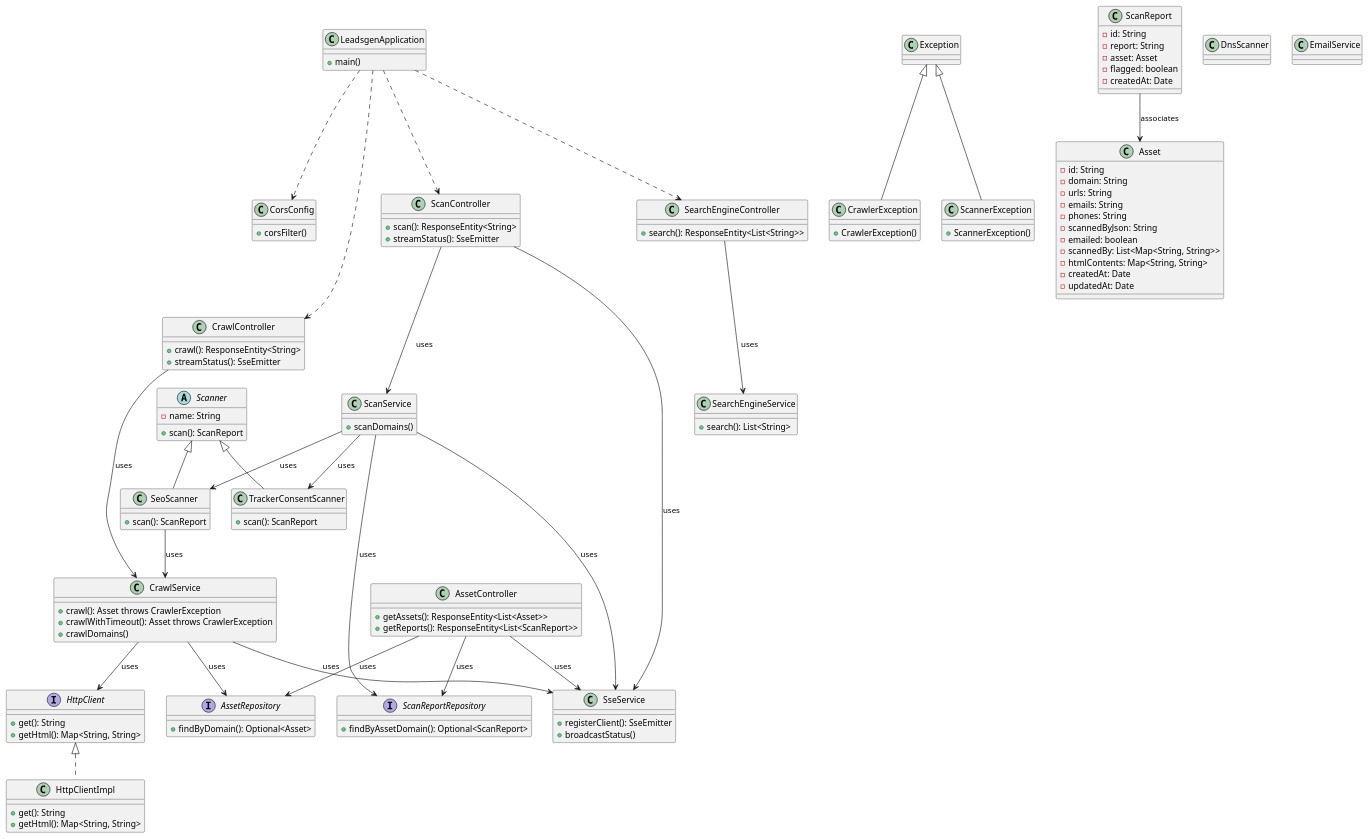
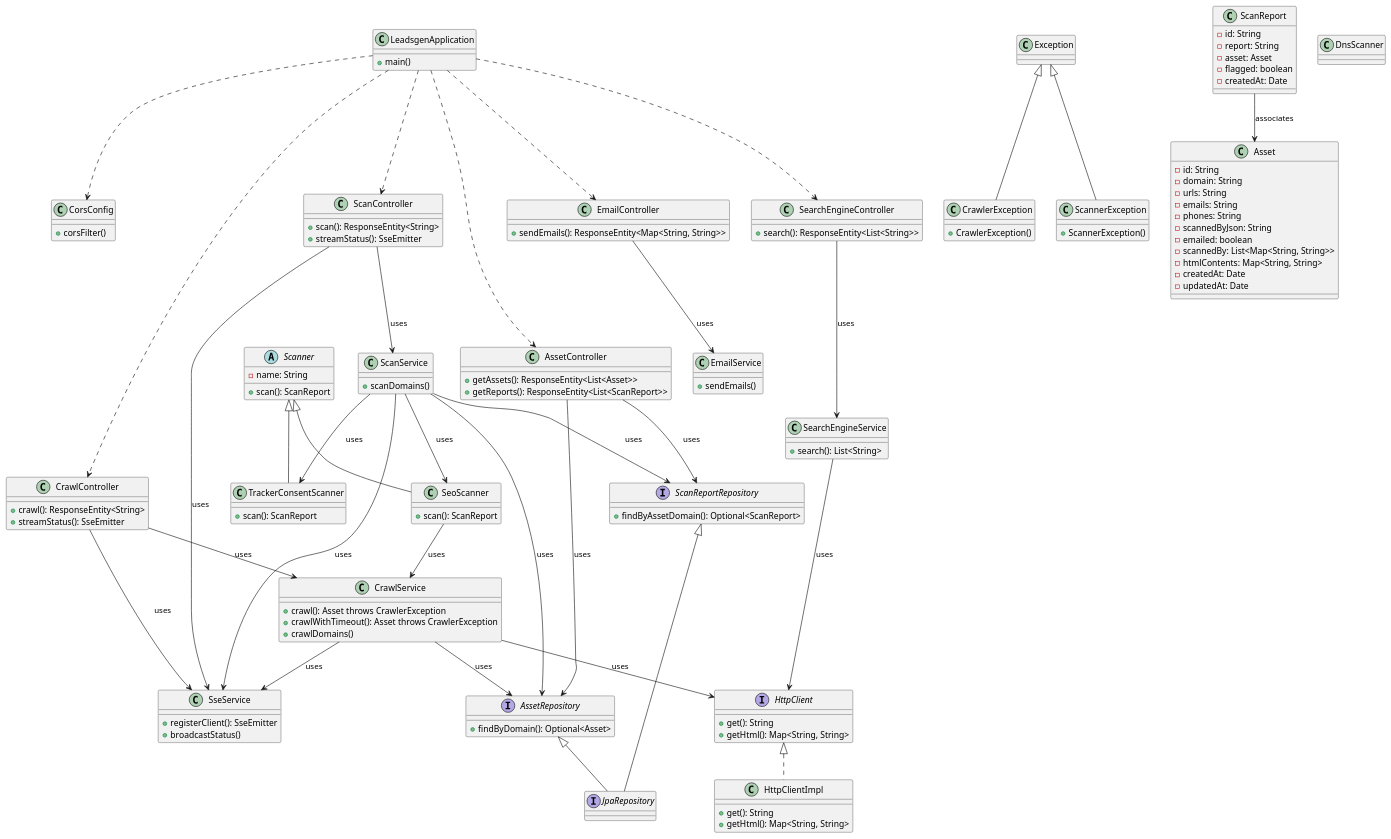
The diagram in class_diagram.puml (linx02/website-scanning-tool), drawn with PlantUML before and after one commit. The commit also changed 3 other files, not shown here.

Commit message:
Update class diagram

```diff
--- a/class_diagram.puml
+++ b/class_diagram.puml
@@ -1,144 +1,160 @@
 @startuml
 class CorsConfig {
     + corsFilter()
 }
 
 class AssetController {
     + getAssets(): ResponseEntity<List<Asset>>
     + getReports(): ResponseEntity<List<ScanReport>>
 }
 
 class CrawlController {
     + crawl(): ResponseEntity<String>
     + streamStatus(): SseEmitter
 }
 
 class ScanController {
     + scan(): ResponseEntity<String>
     + streamStatus(): SseEmitter
+}
+
+class EmailController {
+    + sendEmails(): ResponseEntity<Map<String, String>>
 }
 
 class SearchEngineController {
     + search(): ResponseEntity<List<String>>
 }
 
 class CrawlerException extends Exception {
     + CrawlerException()
 }
 
 class ScannerException extends Exception {
     + ScannerException()
 }
 
 class Asset {
     - id: String
     - domain: String
     - urls: String
     - emails: String
     - phones: String
     - scannedByJson: String
     - emailed: boolean
     - scannedBy: List<Map<String, String>>
     - htmlContents: Map<String, String>
     - createdAt: Date
     - updatedAt: Date
 }
 
 class ScanReport {
     - id: String
     - report: String
     - asset: Asset
     - flagged: boolean
     - createdAt: Date
 }
 
 interface AssetRepository {
     + findByDomain(): Optional<Asset>
 }
 
 interface ScanReportRepository {
     + findByAssetDomain(): Optional<ScanReport>
 }
 
 abstract class Scanner {
     - name: String
     + scan(): ScanReport
 }
 
 class SeoScanner extends Scanner {
     + scan(): ScanReport
 }
 
 class TrackerConsentScanner extends Scanner {
     + scan(): ScanReport
 }
 
 class DnsScanner {
 }
 
 interface HttpClient {
     + get(): String
     + getHtml(): Map<String, String>
 }
 
 class HttpClientImpl implements HttpClient {
     + get(): String
     + getHtml(): Map<String, String>
 }
 
 class CrawlService {
     + crawl(): Asset throws CrawlerException
     + crawlWithTimeout(): Asset throws CrawlerException
     + crawlDomains()
 }
 
 class ScanService {
     + scanDomains()
 }
 
 class SearchEngineService {
     + search(): List<String>
 }
 
 class SseService {
     + registerClient(): SseEmitter
     + broadcastStatus()
 }
 
 class EmailService {
+    + sendEmails()
 }
 
 class LeadsgenApplication {
     + main()
 }
 
 ' Associations and dependencies
 AssetController --> AssetRepository : uses
 AssetController --> ScanReportRepository : uses
-AssetController --> SseService : uses
 
 CrawlController --> CrawlService : uses
+CrawlController --> SseService : uses
 ScanController --> ScanService : uses
 ScanController --> SseService : uses
 SearchEngineController --> SearchEngineService : uses
+EmailController --> EmailService : uses
 
 ScanReport --> Asset : associates
 
 CrawlService --> HttpClient : uses
 CrawlService --> AssetRepository : uses
 CrawlService --> SseService : uses
 
+
+ScanService --> AssetRepository : uses
 ScanService --> ScanReportRepository : uses
 ScanService --> SeoScanner : uses
 ScanService --> TrackerConsentScanner : uses
 ScanService --> SseService : uses
 
 SeoScanner --> CrawlService : uses
 
 LeadsgenApplication ..> CorsConfig
 LeadsgenApplication ..> CrawlController
 LeadsgenApplication ..> ScanController
 LeadsgenApplication ..> SearchEngineController
+LeadsgenApplication ..> EmailController
+LeadsgenApplication ..> AssetController
 
+SearchEngineService --> HttpClient : uses
+
+interface JpaRepository
+
+AssetRepository <|-- JpaRepository
+ScanReportRepository <|-- JpaRepository
 
 @enduml
```
